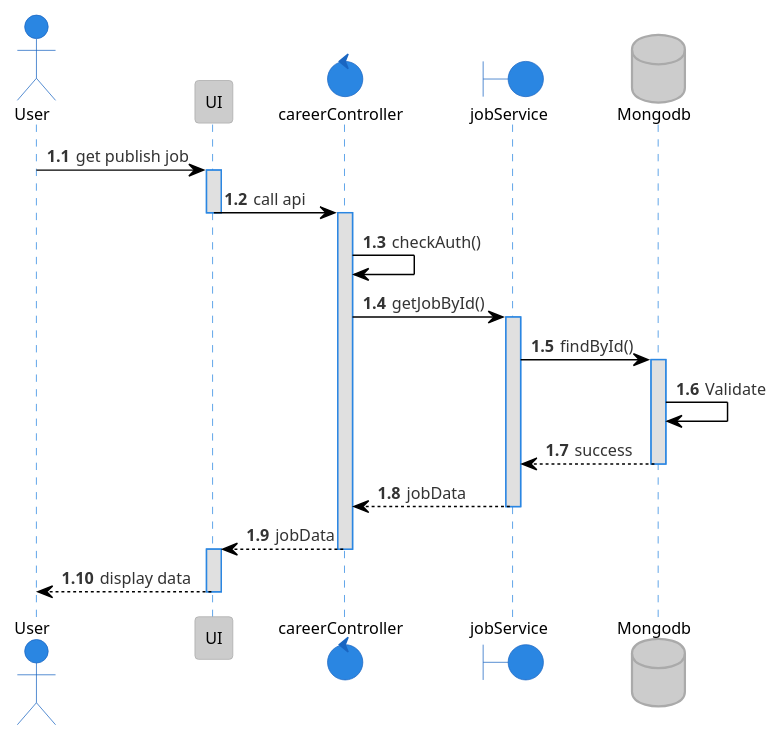
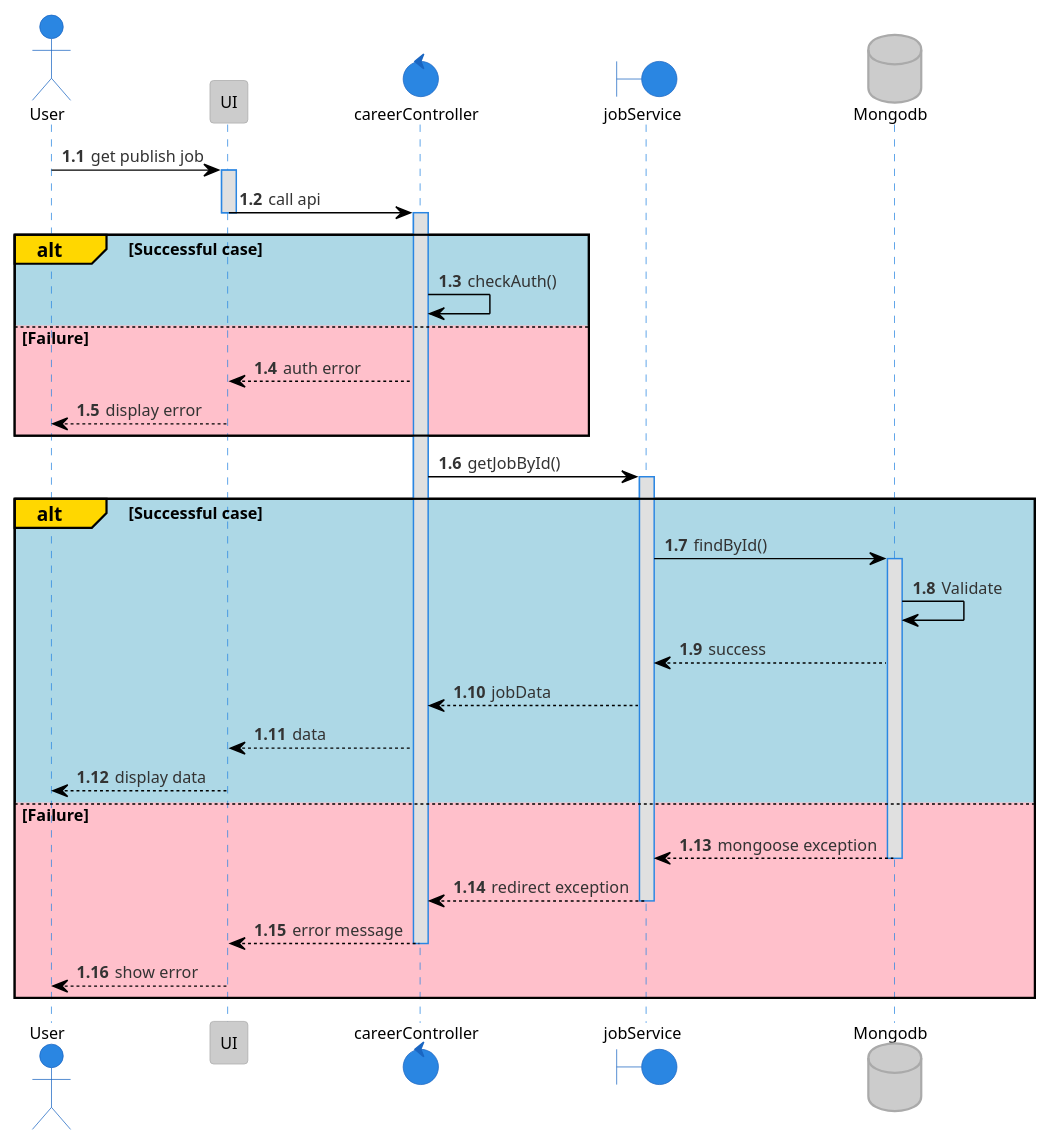
One commit to tuannm99/RMS changed the diagram in plantuml/sequence/career/getPublishedJob.puml. Above: the diagram before and after it, drawn with PlantUML. The commit also changed 31 other files, not shown here.

Commit message:
update - final sequence

```diff
--- a/plantuml/sequence/career/getPublishedJob.puml
+++ b/plantuml/sequence/career/getPublishedJob.puml
@@ -1,33 +1,48 @@
 @startuml getPublishJob
 !theme reddress-lightblue
 
 autonumber 1.1
 actor User
 participant UI
 control  careerController
 boundary jobService
 database Mongodb
 
 
 User -> UI: get publish job
 activate UI
 UI -> careerController: call api
 deactivate UI
 activate careerController
-careerController -> careerController: checkAuth()
+
+alt#Gold #LightBlue Successful case
+    careerController -> careerController: checkAuth()
+else #Pink Failure
+    careerController --> UI: auth error
+    UI --> User: display error
+end
+
 careerController -> jobService: getJobById()
-activate jobService
-jobService -> Mongodb: findById()
-activate Mongodb
-Mongodb -> Mongodb: Validate
-Mongodb --> jobService: success
-deactivate Mongodb
-jobService --> careerController: jobData
-deactivate jobService
-careerController --> UI: jobData
-deactivate careerController
-activate UI
-UI --> User: display data
-deactivate UI
+
+alt#Gold #LightBlue Successful case
+    activate jobService
+    jobService -> Mongodb: findById()
+    activate Mongodb
+    Mongodb -> Mongodb: Validate
+    Mongodb --> jobService: success
+    jobService --> careerController: jobData
+    careerController --> UI: data
+    UI --> User: display data
+else #Pink Failure
+    Mongodb --> jobService: mongoose exception
+    deactivate Mongodb
+    jobService --> careerController: redirect exception
+    deactivate jobService
+    careerController --> UI: error message
+    deactivate careerController
+    UI --> User: show error
+    deactivate UI
+end
+
 
 @enduml
```
